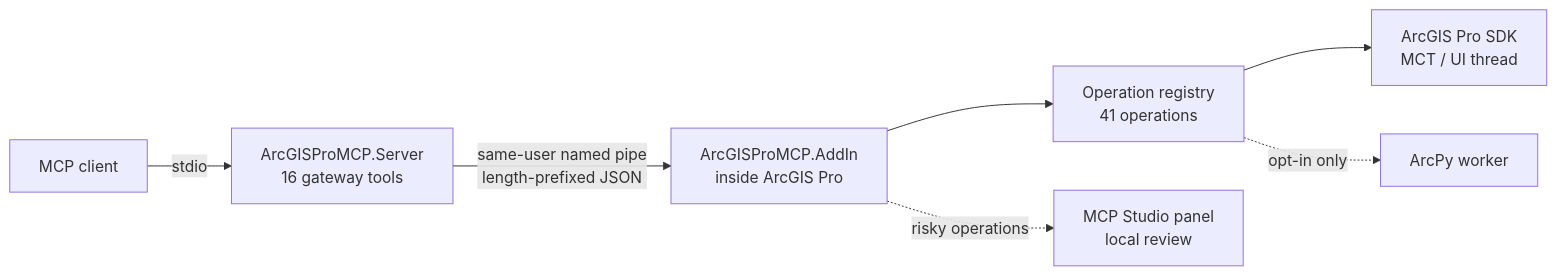
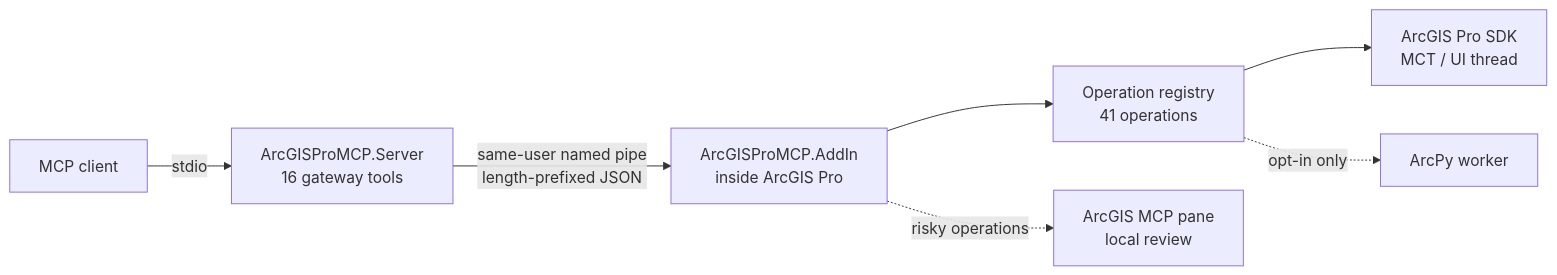
Before and after one commit to nicoazel/ArcGISPro.MCP: the diagram in docs/README.md, drawn with Mermaid. The commit also changed other lines of this file, not shown here.

First line of the commit message:
docs(hub): terms box, install paths and a diagram text alternative

````diff
--- a/docs/README.md
+++ b/docs/README.md
@@ -7,9 +9,9 @@
 ```mermaid
 flowchart LR
     client["MCP client"] -->|stdio| server["ArcGISProMCP.Server<br/>16 gateway tools"]
     server -->|"same-user named pipe<br/>length-prefixed JSON"| addin["ArcGISProMCP.AddIn<br/>inside ArcGIS Pro"]
     addin --> registry["Operation registry<br/>41 operations"]
     registry --> sdk["ArcGIS Pro SDK<br/>MCT / UI thread"]
-    addin -.->|"risky operations"| panel["MCP Studio panel<br/>local review"]
+    addin -.->|"risky operations"| panel["ArcGIS MCP pane<br/>local review"]
     registry -.->|"opt-in only"| arcpy["ArcPy worker"]
 ```
````
